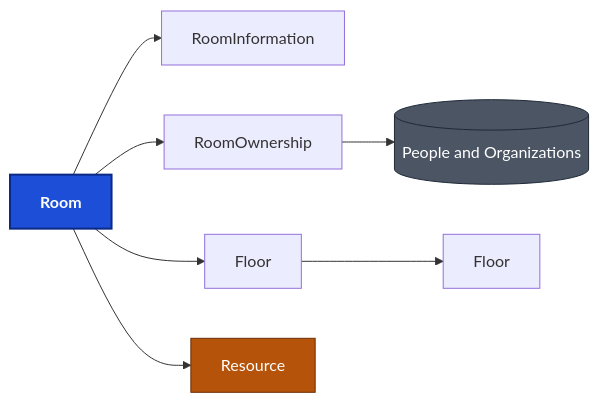
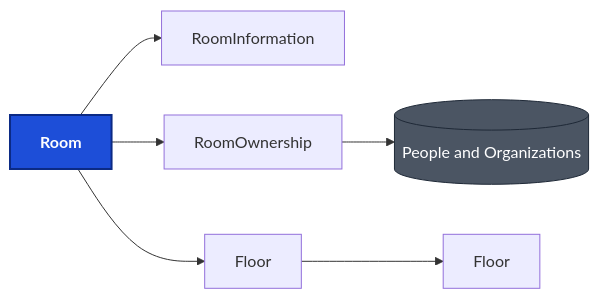
Before and after one commit to SkylineCommunications/SLC-SDM-InfraOps: diagram 23 of 38 in docs/canon/CAN-001-dom-structure.md, drawn with Mermaid. The commit also changed other lines of this file and 32 other files, not shown here.

````diff
--- a/docs/canon/CAN-001-dom-structure.md
+++ b/docs/canon/CAN-001-dom-structure.md
@@ -1444,23 +1422,20 @@
 ```mermaid
 flowchart LR
     D["<b>Room</b>"]
     S1["RoomInformation"]
     S2["RoomOwnership"]
     S3["Floor"]
-    S4["Resource"]
     PNO[("People and Organizations")]
     T_floor["Floor"]
 
     D --> S1
     D --> S2
     S2 --> PNO
     D --> S3
     S3 --> T_floor
-    D --> S4
     classDef def fill:#1d4ed8,stroke:#0b2a85,color:#ffffff,stroke-width:2px
     classDef shared fill:#b45309,stroke:#6b2d05,color:#ffffff
     classDef other fill:#4b5563,stroke:#1f2937,color:#ffffff
     class D def
-    class S4 shared
     class PNO other
 ```
````
